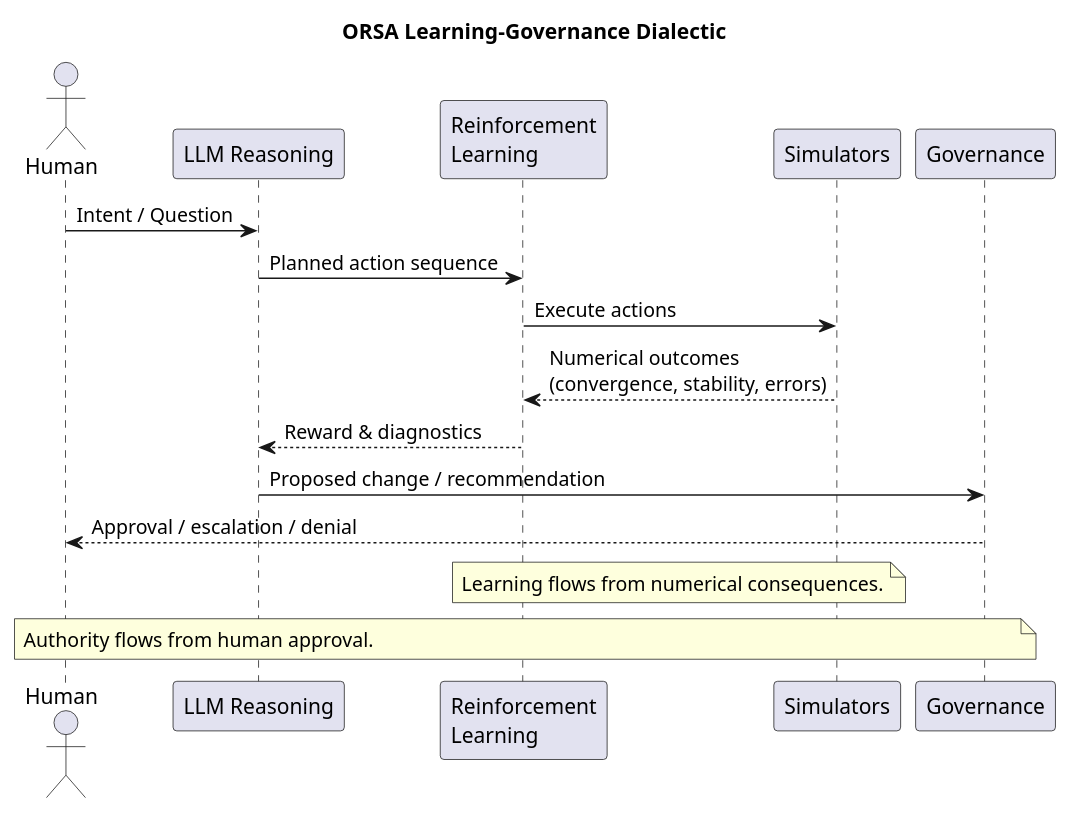
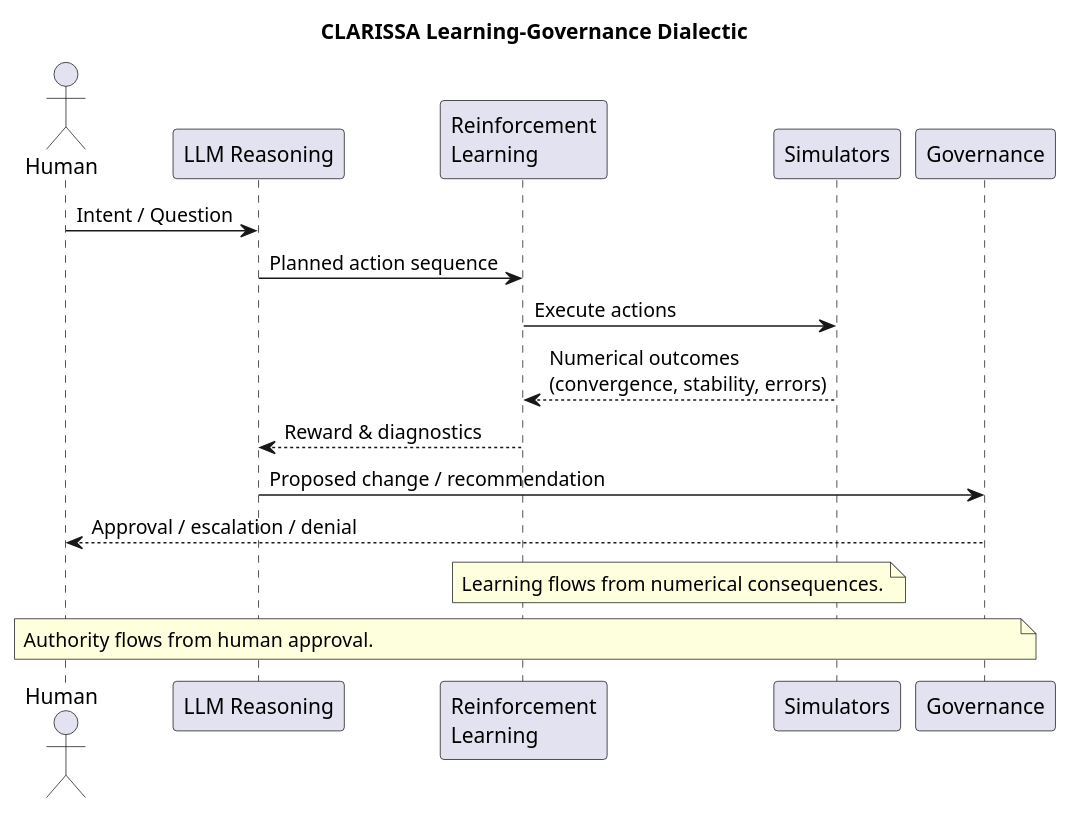
One commit to wolfram-laube/clarissa changed the diagram in architecture/learning-dialectic.puml. Above: the diagram before and after it, drawn with PlantUML. The commit also changed 36 other files, not shown here.

Commit message:
refactor: rename ORSA to CLARISSA (Conversational Language Agent for Reservoir Integrated Simulation System Analysis) (batch 1/2)

```diff
--- a/architecture/learning-dialectic.puml
+++ b/architecture/learning-dialectic.puml
@@ -1,29 +1,29 @@
 @startuml
-title ORSA Learning–Governance Dialectic
+title CLARISSA Learning–Governance Dialectic
 
 skinparam Shadowing false
 skinparam defaultTextAlignment left
 
 actor Human as H
 participant "LLM Reasoning" as LLM
 participant "Reinforcement\nLearning" as RL
 participant "Simulators" as SIM
 participant "Governance" as GOV
 
 H -> LLM: Intent / Question
 LLM -> RL: Planned action sequence
 RL -> SIM: Execute actions
 SIM --> RL: Numerical outcomes\n(convergence, stability, errors)
 RL --> LLM: Reward & diagnostics
 LLM -> GOV: Proposed change / recommendation
 GOV --> H: Approval / escalation / denial
 
 note over RL, SIM
 Learning flows from numerical consequences.
 end note
 
 note over GOV, H
 Authority flows from human approval.
 end note
 
 @enduml
```
